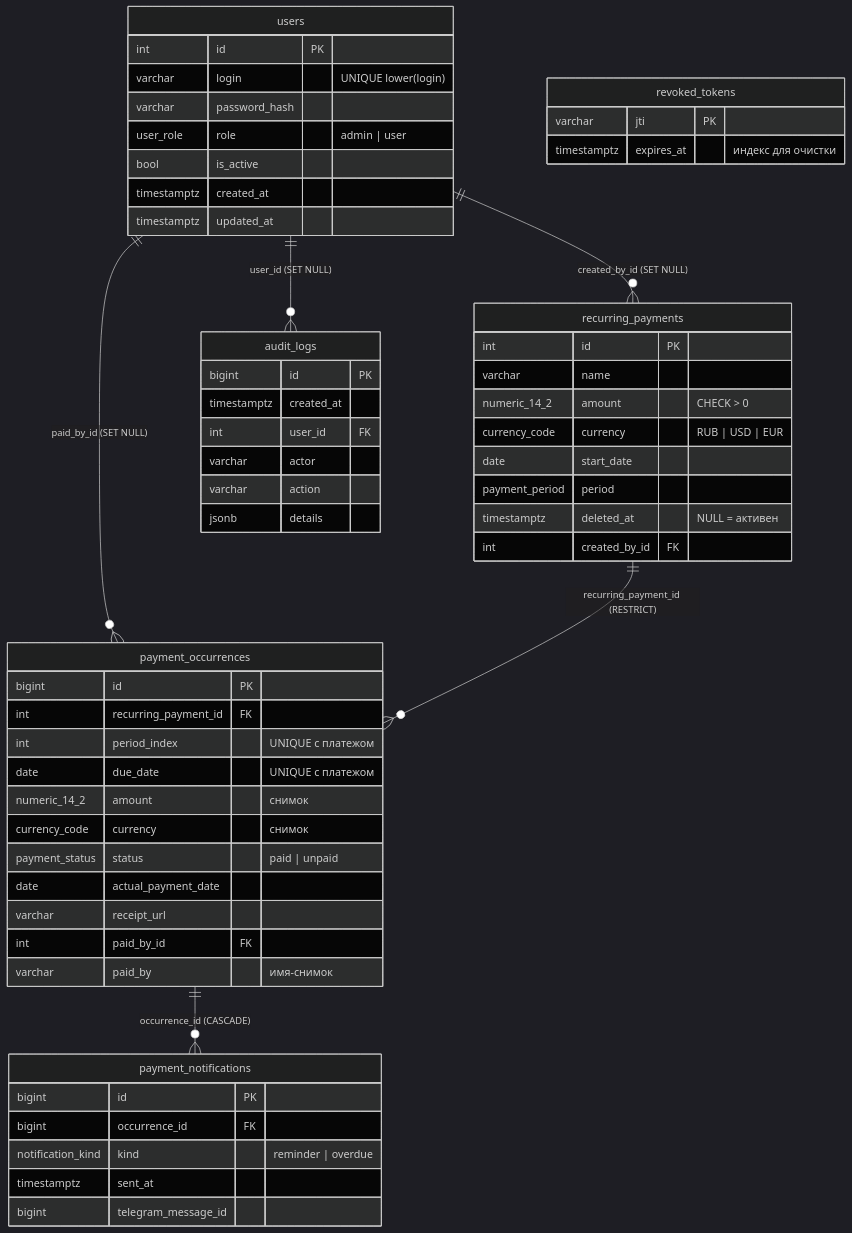
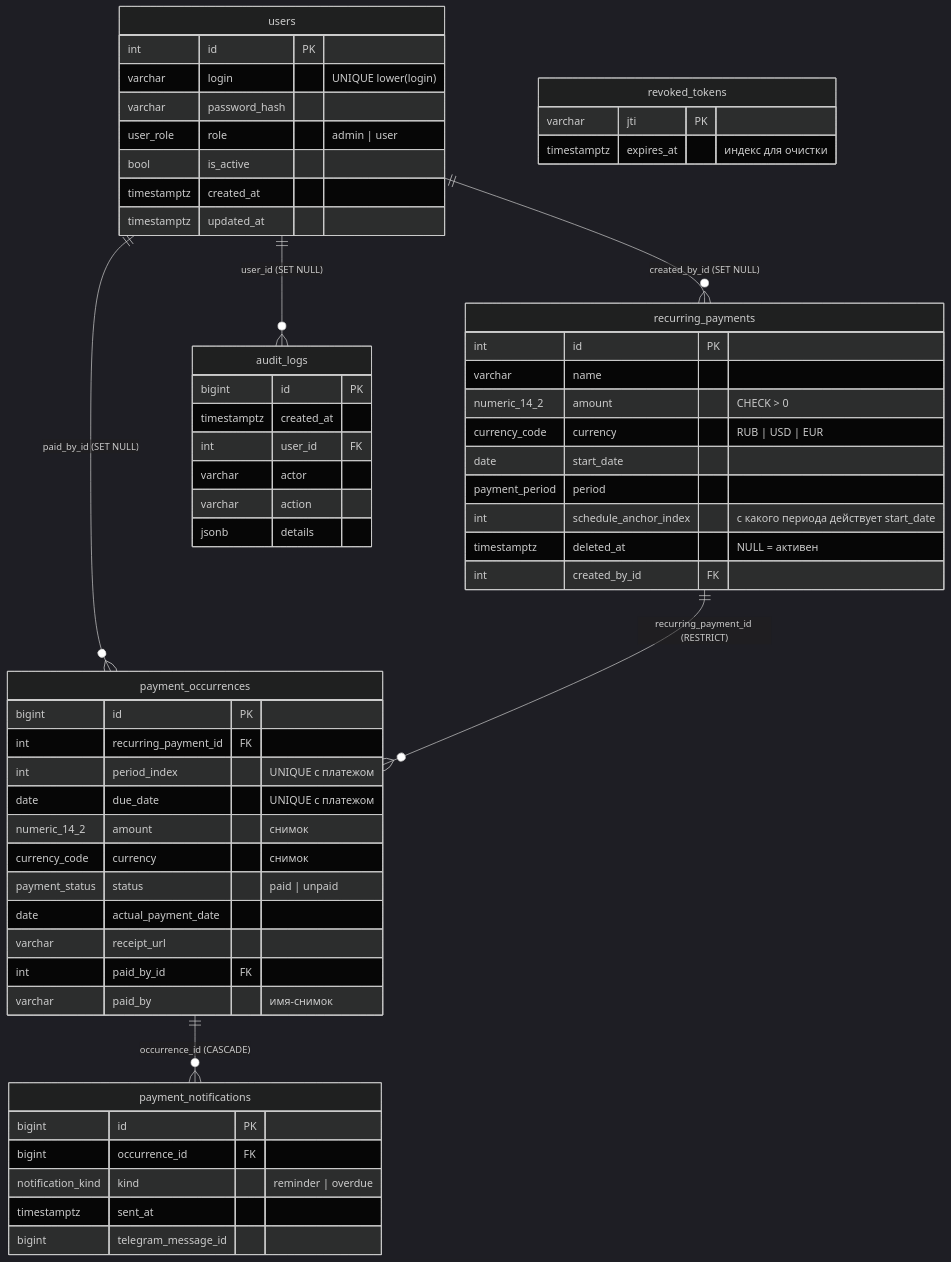
Before and after one commit to yulichump/hackathon-autumn-2026: the diagram in backend/docs/DATABASE.md, drawn with Mermaid (dark theme). The commit also changed 13 other files, not shown here.

````diff
--- a/backend/docs/DATABASE.md
+++ b/backend/docs/DATABASE.md
@@ -8,60 +8,61 @@
 ```mermaid
 erDiagram
     users ||--o{ recurring_payments : "created_by_id (SET NULL)"
     users ||--o{ payment_occurrences : "paid_by_id (SET NULL)"
     users ||--o{ audit_logs : "user_id (SET NULL)"
     recurring_payments ||--o{ payment_occurrences : "recurring_payment_id (RESTRICT)"
     payment_occurrences ||--o{ payment_notifications : "occurrence_id (CASCADE)"
 
     users {
         int id PK
         varchar login "UNIQUE lower(login)"
         varchar password_hash
         user_role role "admin | user"
         bool is_active
         timestamptz created_at
         timestamptz updated_at
     }
     revoked_tokens {
         varchar jti PK
         timestamptz expires_at "индекс для очистки"
     }
     recurring_payments {
         int id PK
         varchar name
         numeric_14_2 amount "CHECK > 0"
         currency_code currency "RUB | USD | EUR"
         date start_date
         payment_period period
+        int schedule_anchor_index "с какого периода действует start_date"
         timestamptz deleted_at "NULL = активен"
         int created_by_id FK
     }
     payment_occurrences {
         bigint id PK
         int recurring_payment_id FK
         int period_index "UNIQUE с платежом"
         date due_date "UNIQUE с платежом"
         numeric_14_2 amount "снимок"
         currency_code currency "снимок"
         payment_status status "paid | unpaid"
         date actual_payment_date
         varchar receipt_url
         int paid_by_id FK
         varchar paid_by "имя-снимок"
     }
     payment_notifications {
         bigint id PK
         bigint occurrence_id FK
         notification_kind kind "reminder | overdue"
         timestamptz sent_at
         bigint telegram_message_id
     }
     audit_logs {
         bigint id PK
         timestamptz created_at
         int user_id FK
         varchar actor
         varchar action
         jsonb details
     }
 ```
````
